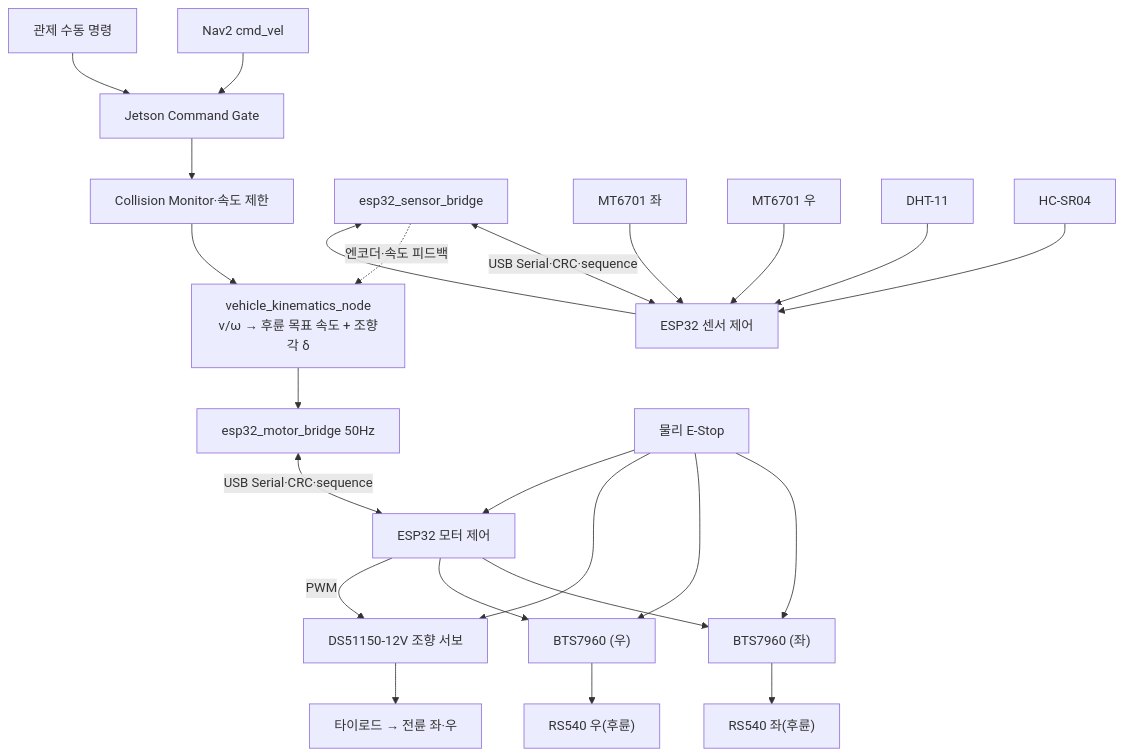
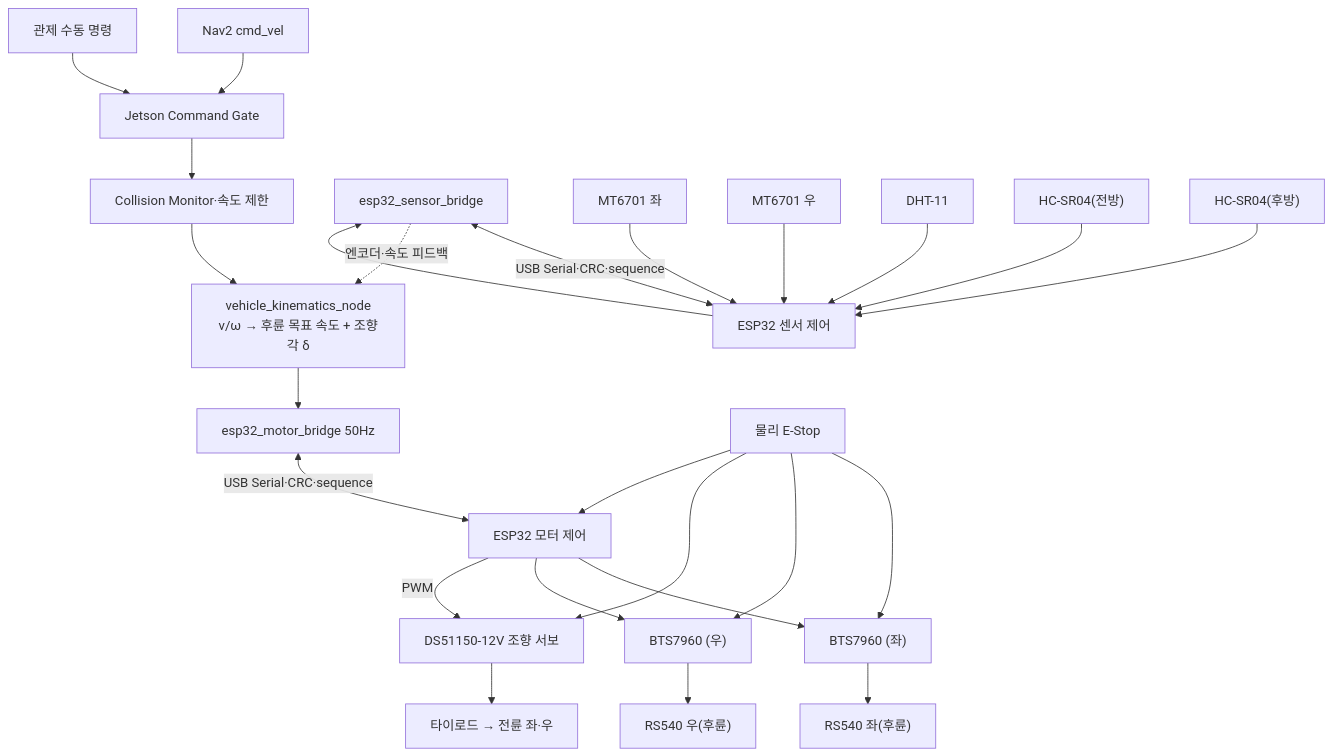
Before and after one commit to Common-AIOT/Sentinel-UGV: the diagram in docs/03-제어-캘리브레이션.md, drawn with Mermaid. The commit also changed other lines of this file and 20 other files, not shown here.

````diff
--- a/docs/03-제어-캘리브레이션.md
+++ b/docs/03-제어-캘리브레이션.md
@@ -9,26 +9,27 @@
 ```mermaid
 flowchart TD
     nav["Nav2 cmd_vel"] --> mux["Jetson Command Gate"]
     manual["관제 수동 명령"] --> mux
     mux --> collision["Collision Monitor·속도 제한"]
     collision --> kin["vehicle_kinematics_node\nv/ω → 후륜 목표 속도 + 조향각 δ"]
     kin --> bridgeM["esp32_motor_bridge 50Hz"]
     bridgeM <-->|"USB Serial·CRC·sequence"| espM["ESP32 모터 제어"]
     espM --> driverL["BTS7960 (좌)"]
     espM --> driverR["BTS7960 (우)"]
     espM -->|"PWM"| servo["DS51150-12V 조향 서보"]
     driverL --> motorL["RS540 좌(후륜)"]
     driverR --> motorR["RS540 우(후륜)"]
     servo --> tierod["타이로드 → 전륜 좌·우"]
     bridgeS["esp32_sensor_bridge"] <-->|"USB Serial·CRC·sequence"| espS["ESP32 센서 제어"]
     encL["MT6701 좌"] --> espS
     encR["MT6701 우"] --> espS
     dht["DHT-11"] --> espS
-    sonar["HC-SR04"] --> espS
+    sonarF["HC-SR04(전방)"] --> espS
+    sonarR["HC-SR04(후방)"] --> espS
     espS --> bridgeS
     bridgeS -.엔코더·속도 피드백.-> kin
     estop["물리 E-Stop"] --> driverL
     estop --> driverR
     estop --> servo
     estop --> espM
 ```
````
